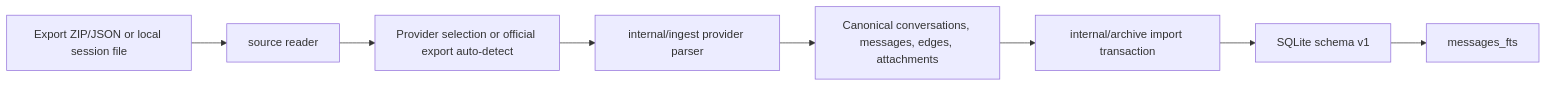
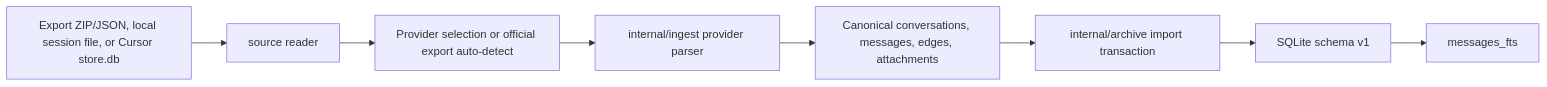
The first of 3 diagrams in docs/ARCHITECTURE.md (jamespheffernan/aicrawl), drawn with Mermaid before and after one commit. The commit also changed other lines of this file and 11 other files, not shown here.

````diff
--- a/docs/ARCHITECTURE.md
+++ b/docs/ARCHITECTURE.md
@@ -48,10 +49,10 @@
 ```mermaid
 flowchart LR
-  User["Export ZIP/JSON or local session file"] --> Source["source reader"]
+  User["Export ZIP/JSON, local session file, or Cursor store.db"] --> Source["source reader"]
   Source --> Detect["Provider selection or official export auto-detect"]
   Detect --> Parser["internal/ingest provider parser"]
   Parser --> Canonical["Canonical conversations, messages, edges, attachments"]
   Canonical --> Archive["internal/archive import transaction"]
   Archive --> SQLite["SQLite schema v1"]
   SQLite --> FTS["messages_fts"]
 ```
````
